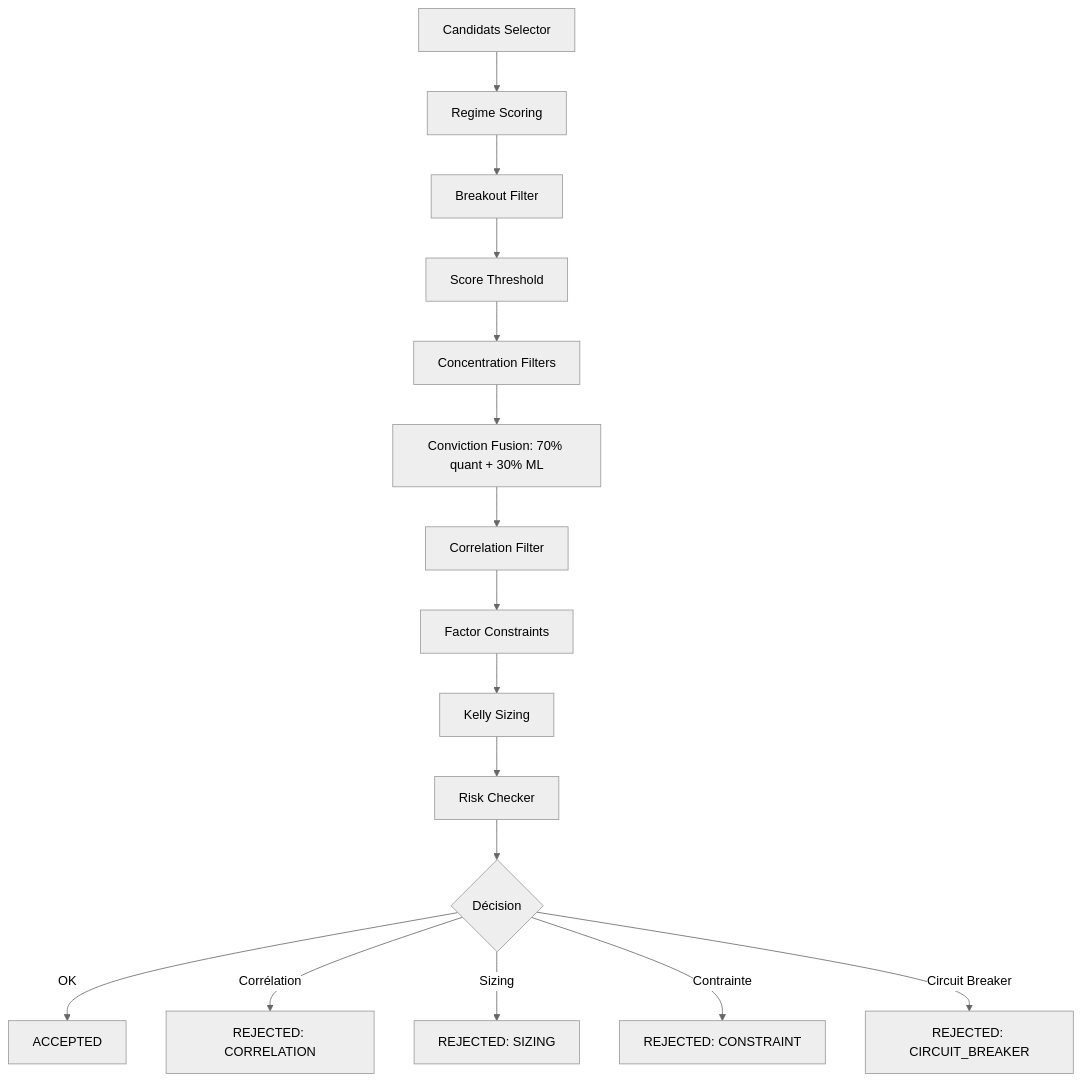
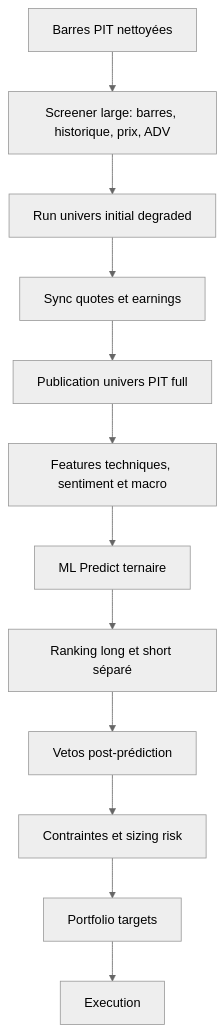
One commit to mli2000fr/alpha_trade changed the first of 4 diagrams in doc/synthese_long_short.md. Above: the diagram before and after it, drawn with Mermaid (neutral theme). The commit also changed other lines of this file and 127 other files, not shown here.

````diff
--- a/doc/synthese_long_short.md
+++ b/doc/synthese_long_short.md
@@ -1465,18 +24,14 @@
 ```mermaid
-graph TD
-    A[Candidats Selector] --> B[Regime Scoring]
-    B --> C[Breakout Filter]
-    C --> D[Score Threshold]
-    D --> E[Concentration Filters]
-    E --> F["Conviction Fusion: 70% quant + 30% ML"]
-    F --> G[Correlation Filter]
-    G --> H[Factor Constraints]
-    H --> I[Kelly Sizing]
-    I --> J[Risk Checker]
-    J --> K{Décision}
-    K -->|OK| L[ACCEPTED]
-    K -->|Corrélation| M[REJECTED: CORRELATION]
-    K -->|Sizing| N[REJECTED: SIZING]
-    K -->|Contrainte| O[REJECTED: CONSTRAINT]
-    K -->|Circuit Breaker| P[REJECTED: CIRCUIT_BREAKER]
+flowchart TD
+    A[Barres PIT nettoyées] --> B[Screener large: barres, historique, prix, ADV]
+    B --> C[Run univers initial degraded]
+    C --> D[Sync quotes et earnings]
+    D --> E[Publication univers PIT full]
+    E --> F[Features techniques, sentiment et macro]
+    F --> G[ML Predict ternaire]
+    G --> H[Ranking long et short séparé]
+    H --> I[Vetos post-prédiction]
+    I --> J[Contraintes et sizing risk]
+    J --> K[Portfolio targets]
+    K --> L[Execution]
 ```
````
